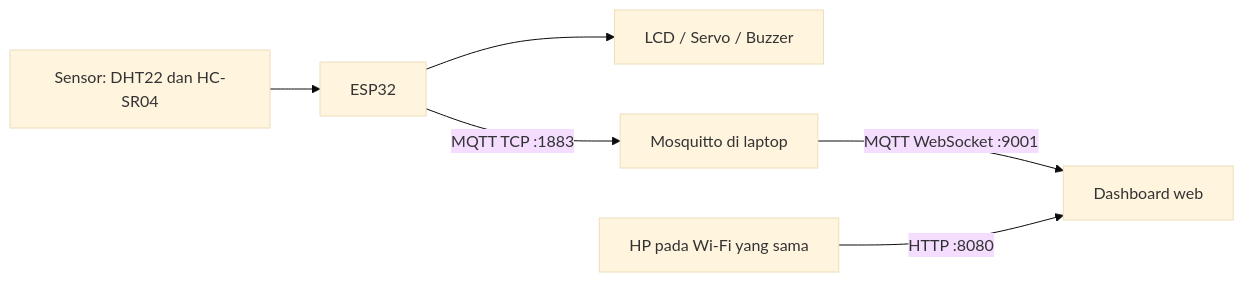
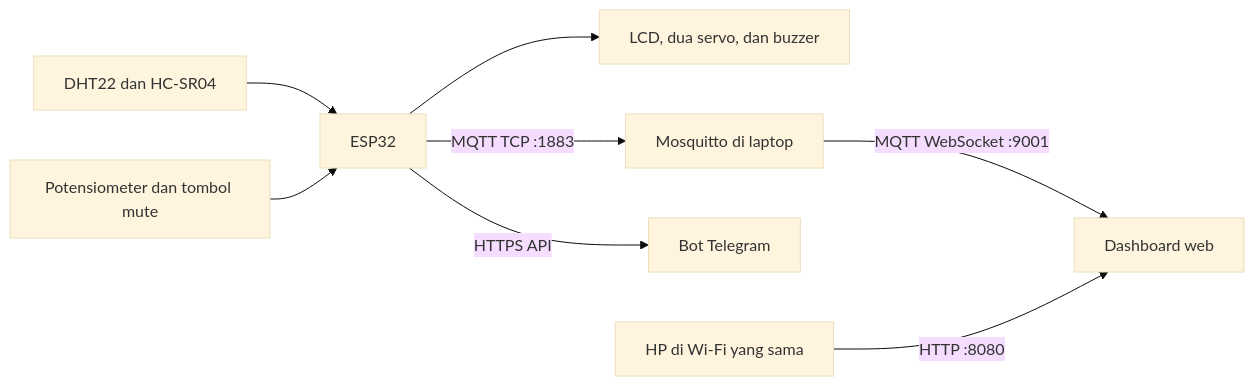
Before and after one commit to Oqexip/sediaAkuSebelumBanjir: the diagram in README.md, drawn with Mermaid (base theme). The commit also changed other lines of this file, not shown here.

````diff
--- a/README.md
+++ b/README.md
@@ -19,8 +21,10 @@
 ```mermaid
 flowchart LR
-  S[Sensor: DHT22 dan HC-SR04] --> E[ESP32]
-  E --> L[LCD / Servo / Buzzer]
+  S[DHT22 dan HC-SR04] --> E[ESP32]
+  P[Potensiometer dan tombol mute] --> E
+  E --> O[LCD, dua servo, dan buzzer]
   E -->|MQTT TCP :1883| M[Mosquitto di laptop]
-  M -->|MQTT WebSocket :9001| W[Dashboard web]
-  P[HP pada Wi-Fi yang sama] -->|HTTP :8080| W
+  E -->|HTTPS API| T[Bot Telegram]
+  M -->|MQTT WebSocket :9001| D[Dashboard web]
+  H[HP di Wi-Fi yang sama] -->|HTTP :8080| D
 ```
````
